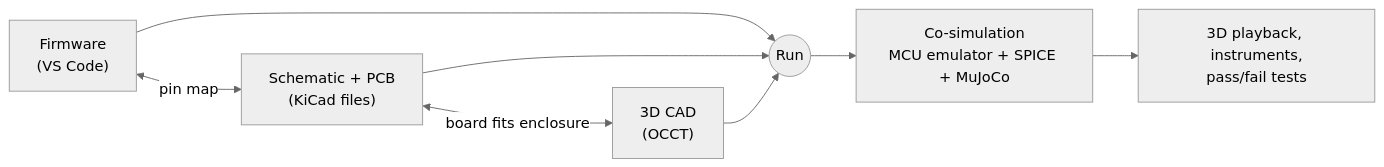
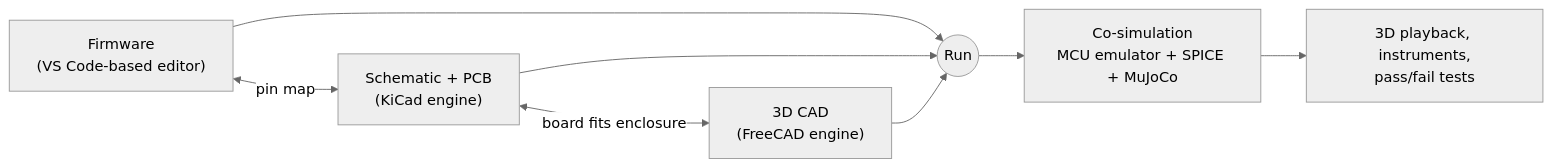
One commit to NoboIshraque/triage changed the diagram in README.md. Above: the diagram before and after it, drawn with Mermaid (neutral theme). The commit also changed other lines of this file and 5 other files, not shown here.

````diff
--- a/README.md
+++ b/README.md
@@ -41,10 +35,10 @@
 ```mermaid
 flowchart LR
-  CODE["Firmware<br/>(VS Code)"] <-->|pin map| SCH["Schematic + PCB<br/>(KiCad files)"]
-  SCH <-->|board fits enclosure| CAD["3D CAD<br/>(OCCT)"]
+  CODE["Firmware<br/>(VS Code-based editor)"] <-->|pin map| SCH["Schematic + PCB<br/>(KiCad engine)"]
+  SCH <-->|board fits enclosure| CAD["3D CAD<br/>(FreeCAD engine)"]
   CODE --> RUN(("Run"))
   SCH --> RUN
   CAD --> RUN
   RUN --> SIM["Co-simulation<br/>MCU emulator + SPICE + MuJoCo"]
   SIM --> TEST["3D playback, instruments,<br/>pass/fail tests"]
 ```
````
